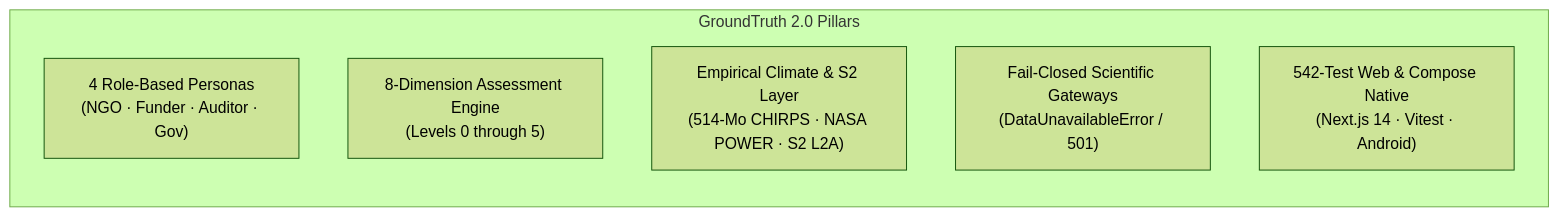
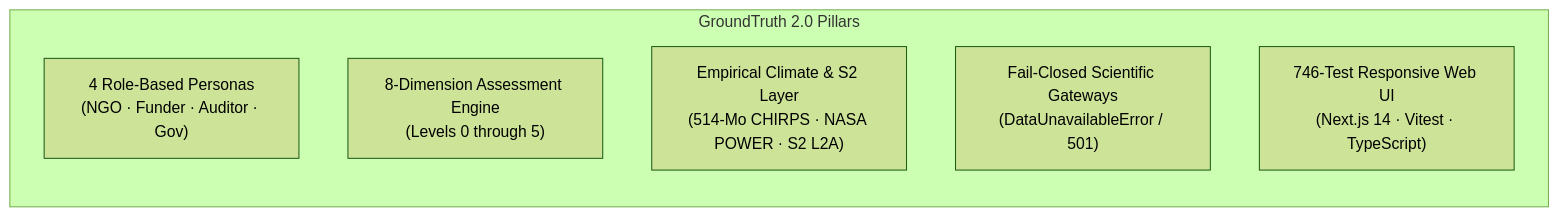
The third of 3 diagrams in ROADMAP.md (Viraj281105/GroundTruth), drawn with Mermaid (forest theme) before and after one commit. The commit also changed other lines of this file and 71 other files, not shown here.

````diff
--- a/ROADMAP.md
+++ b/ROADMAP.md
@@ -72,11 +72,11 @@
 ```mermaid
 flowchart LR
     subgraph P2["GroundTruth 2.0 Pillars"]
         direction TB
         P_P["4 Role-Based Personas<br/>(NGO · Funder · Auditor · Gov)"]
         P_D["8-Dimension Assessment Engine<br/>(Levels 0 through 5)"]
         P_R["Empirical Climate & S2 Layer<br/>(514-Mo CHIRPS · NASA POWER · S2 L2A)"]
         P_S["Fail-Closed Scientific Gateways<br/>(DataUnavailableError / 501)"]
-        P_T["542-Test Web & Compose Native<br/>(Next.js 14 · Vitest · Android)"]
+        P_T["746-Test Responsive Web UI<br/>(Next.js 14 · Vitest · TypeScript)"]
     end
 ```
````
